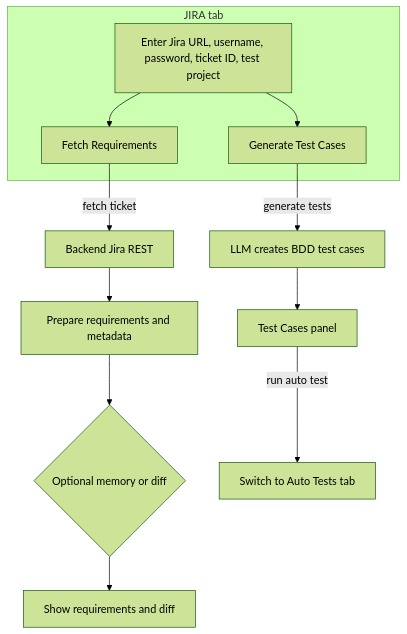
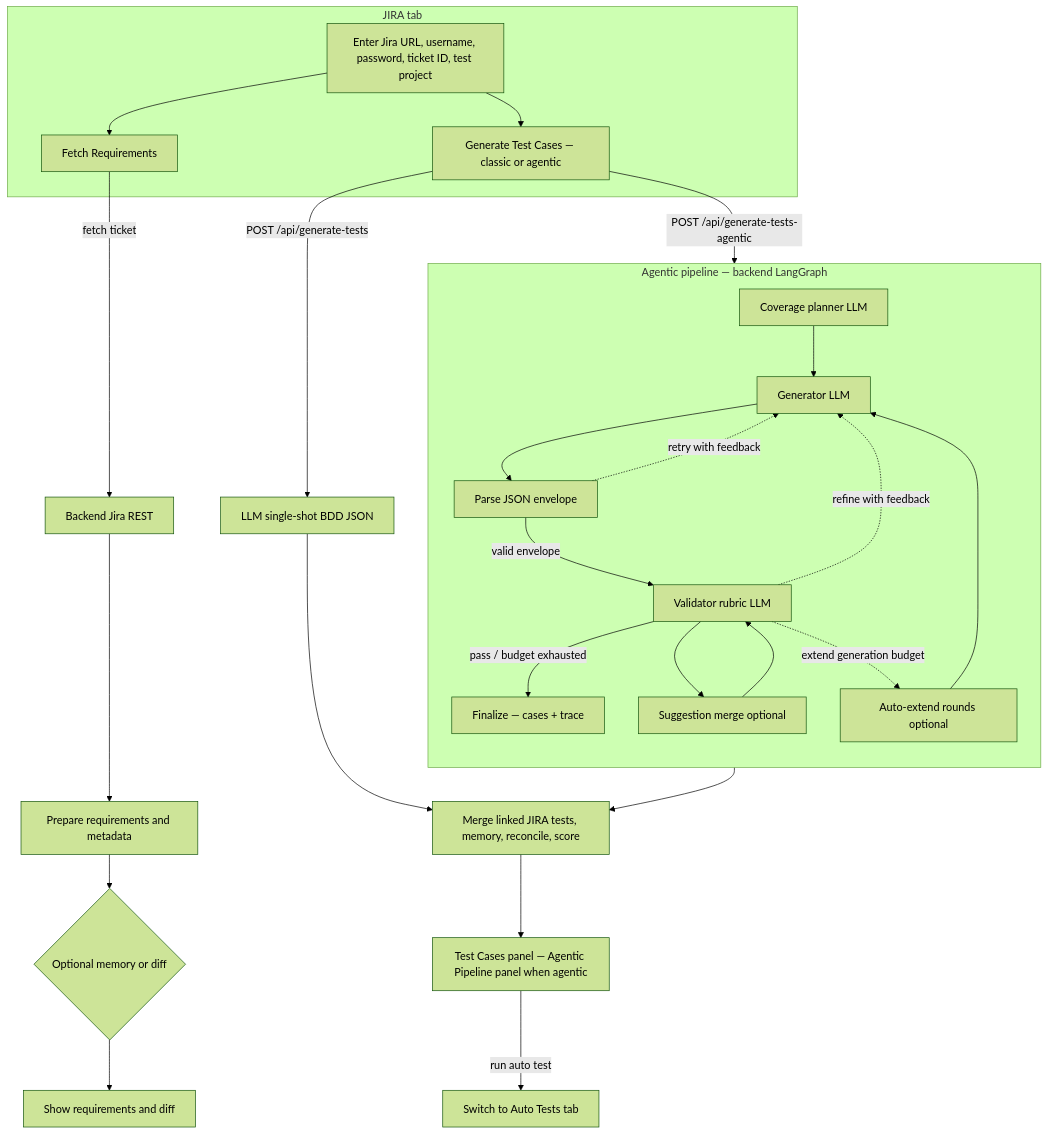
One commit to prashant1507/test-intellect-ai changed the second of 5 diagrams in README.md. Above: the diagram before and after it, drawn with Mermaid (forest theme). The commit also changed other lines of this file and 14 other files, not shown here.

````diff
--- a/README.md
+++ b/README.md
@@ -85,21 +84,45 @@
 ```mermaid
 flowchart TB
 
   subgraph ui[JIRA tab]
     A[Enter Jira URL, username, password, ticket ID, test project]
     B[Fetch Requirements]
-    C[Generate Test Cases]
+    C[Generate Test Cases — classic or agentic]
     A --> B
     A --> C
   end
 
   B -->|fetch ticket| F[Backend Jira REST]
   F --> R[Prepare requirements and metadata]
   R --> M{Optional memory or diff}
   M --> UI2[Show requirements and diff]
 
-  C -->|generate tests| G[LLM creates BDD test cases]
-  G --> T[Test Cases panel]
+  subgraph agentic[Agentic pipeline — backend LangGraph]
+    direction TB
+    PL[Coverage planner LLM]
+    GN[Generator LLM]
+    PS[Parse JSON envelope]
+    VL[Validator rubric LLM]
+    SU[Suggestion merge optional]
+    FZ[Finalize — cases + trace]
+    AX[Auto-extend rounds optional]
+    PL --> GN --> PS
+    PS -->|valid envelope| VL
+    PS -.->|retry with feedback| GN
+    VL -->|pass / budget exhausted| FZ
+    VL -.->|refine with feedback| GN
+    VL --> SU
+    SU --> VL
+    VL -.->|extend generation budget| AX
+    AX --> GN
+  end
 
+  C -->|POST /api/generate-tests| GC[LLM single-shot BDD JSON]
+  C -->|POST /api/generate-tests-agentic| PL
+
+  GC --> MERGE[Merge linked JIRA tests, memory, reconcile, score]
+  FZ --> MERGE
+
+  MERGE --> T[Test Cases panel — Agentic Pipeline panel when agentic]
   T -->|run auto test| SW[Switch to Auto Tests tab]
 ```
````
